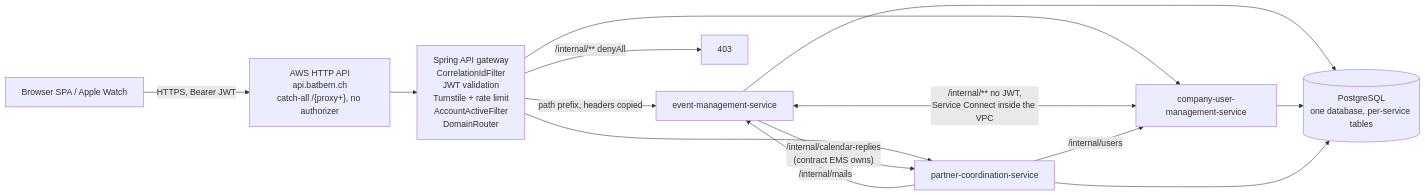
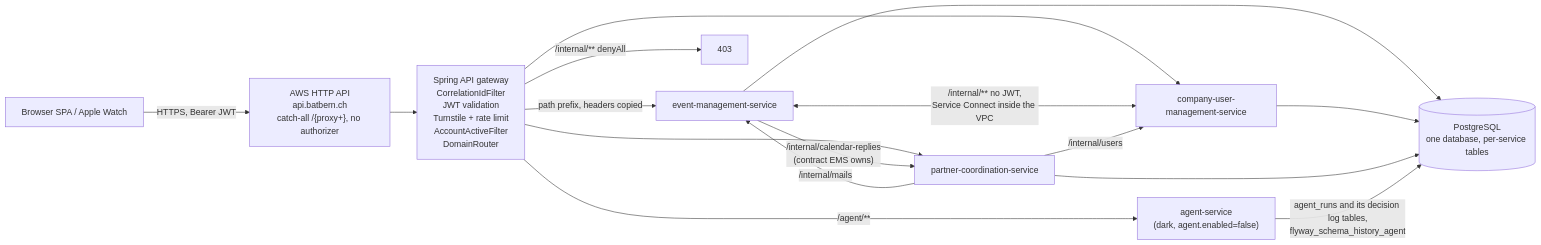
The first of 14 diagrams in docs/architecture/06-backend-architecture.md (nissimbuchs/BATbern2), drawn with Mermaid before and after one commit. The commit also changed other lines of this file and 351 other files, not shown here.

First line of the commit message:
feat(agent-runtime): agent-service runs a gated, logged agent loop (epic 1, dark) + SES v2 forwarding fix (#1345)

````diff
--- a/docs/architecture/06-backend-architecture.md
+++ b/docs/architecture/06-backend-architecture.md
@@ -19,16 +19,18 @@
 ```mermaid
 flowchart LR
     SPA["Browser SPA / Apple Watch"] -->|"HTTPS, Bearer JWT"| HTTPAPI["AWS HTTP API<br/>api.batbern.ch<br/>catch-all /{proxy+}, no authorizer"]
     HTTPAPI --> GW["Spring API gateway<br/>CorrelationIdFilter<br/>JWT validation<br/>Turnstile + rate limit<br/>AccountActiveFilter<br/>DomainRouter"]
     GW -->|"path prefix, headers copied"| EMS["event-management-service"]
     GW --> CUMS["company-user-management-service"]
     GW --> PCS["partner-coordination-service"]
+    GW -->|"/agent/**"| AGENT["agent-service<br/>(dark, agent.enabled=false)"]
     GW -->|"/internal/** denyAll"| X["403"]
     EMS <-->|"/internal/** no JWT,<br/>Service Connect inside the VPC"| CUMS
     PCS -->|"/internal/users"| CUMS
     PCS -->|"/internal/mails"| EMS
     EMS -->|"/internal/calendar-replies<br/>(contract EMS owns)"| PCS
     EMS --> DB[("PostgreSQL<br/>one database, per-service tables")]
     CUMS --> DB
     PCS --> DB
+    AGENT -->|"agent_runs and its decision log tables,<br/>flyway_schema_history_agent"| DB
 ```
````
